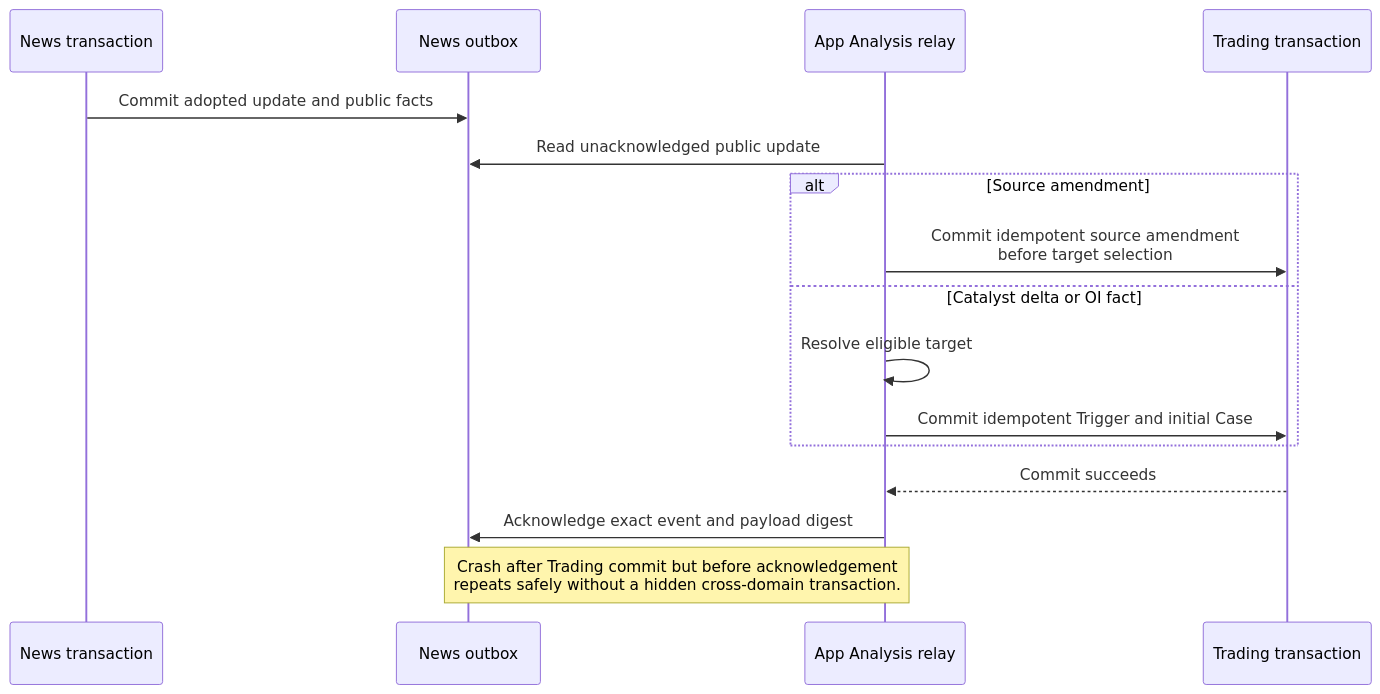
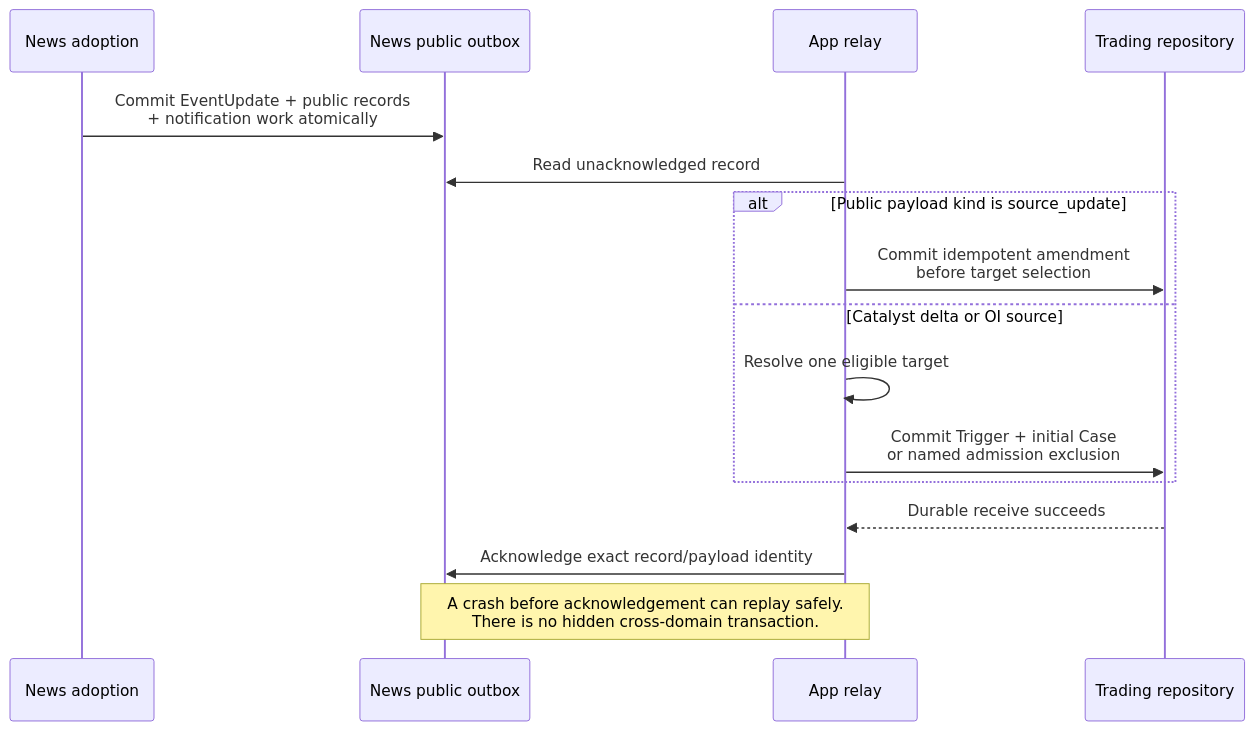
The third of 4 diagrams in docs/ARCHITECTURE.md (AnalyThothAI/tracefold), drawn with Mermaid before and after one commit. The commit also changed other lines of this file and 61 other files, not shown here.

````diff
--- a/docs/ARCHITECTURE.md
+++ b/docs/ARCHITECTURE.md
@@ -116,18 +91,18 @@
 ```mermaid
 sequenceDiagram
-    participant N as News transaction
-    participant O as News outbox
-    participant A as App Analysis relay
-    participant T as Trading transaction
-    N->>O: Commit adopted update and public facts
-    A->>O: Read unacknowledged public update
-    alt Source amendment
-        A->>T: Commit idempotent source amendment<br/>before target selection
-    else Catalyst delta or OI fact
-        A->>A: Resolve eligible target
-        A->>T: Commit idempotent Trigger and initial Case
+    participant N as News adoption
+    participant O as News public outbox
+    participant A as App relay
+    participant T as Trading repository
+    N->>O: Commit EventUpdate + public records<br/>+ notification work atomically
+    A->>O: Read unacknowledged record
+    alt Public payload kind is source_update
+        A->>T: Commit idempotent amendment<br/>before target selection
+    else Catalyst delta or OI source
+        A->>A: Resolve one eligible target
+        A->>T: Commit Trigger + initial Case<br/>or named admission exclusion
     end
-    T-->>A: Commit succeeds
-    A->>O: Acknowledge exact event and payload digest
-    Note over A,O: Crash after Trading commit but before acknowledgement<br/>repeats safely without a hidden cross-domain transaction.
+    T-->>A: Durable receive succeeds
+    A->>O: Acknowledge exact record/payload identity
+    Note over A,O: A crash before acknowledgement can replay safely.<br/>There is no hidden cross-domain transaction.
 ```
````
